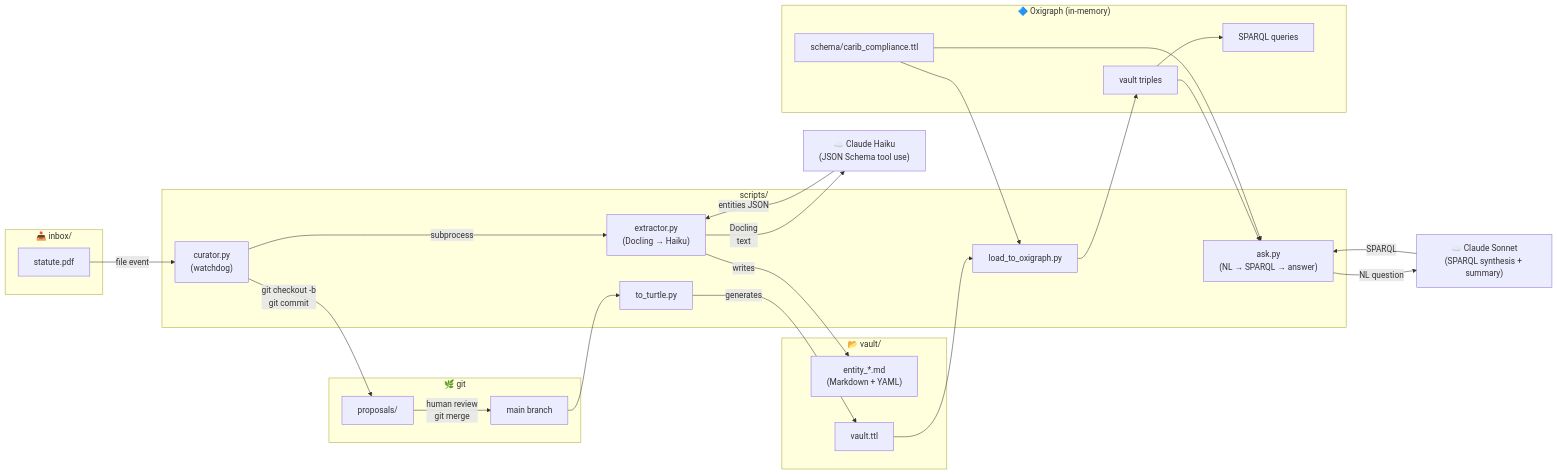
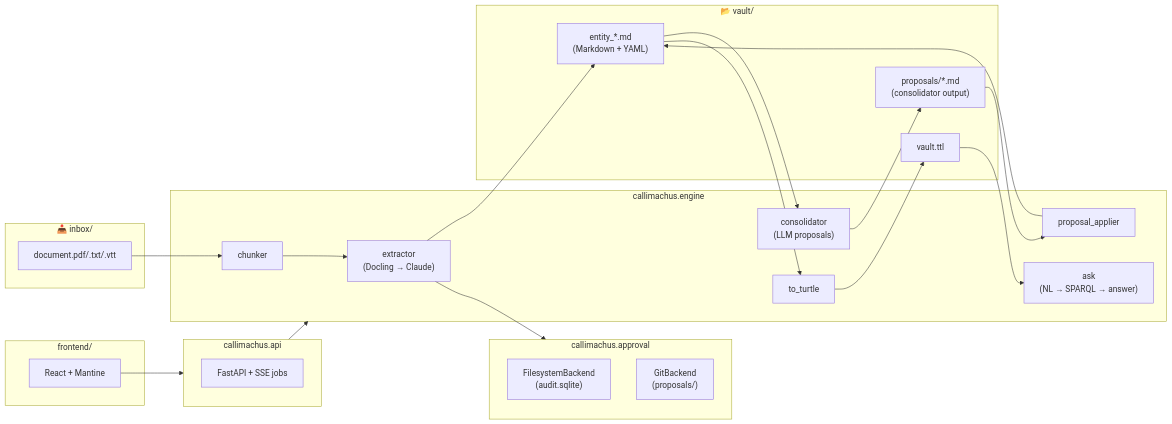
The diagram in README.md (elroy-galbraith/callimachus), drawn with Mermaid before and after one commit. The commit also changed other lines of this file and 146 other files, not shown here.

````diff
--- a/README.md
+++ b/README.md
@@ -99,48 +83,44 @@
 ```mermaid
 flowchart LR
     subgraph inbox["📥 inbox/"]
-        PDF[statute.pdf]
+        DOC[document.pdf/.txt/.vtt]
     end
 
-    subgraph scripts["scripts/"]
-        curator["curator.py\n(watchdog)"]
-        extractor["extractor.py\n(Docling → Haiku)"]
-        to_turtle["to_turtle.py"]
-        load["load_to_oxigraph.py"]
-        ask["ask.py\n(NL → SPARQL → answer)"]
+    subgraph engine["callimachus.engine"]
+        extractor["extractor\n(Docling → Claude)"]
+        chunker["chunker"]
+        consolidator["consolidator\n(LLM proposals)"]
+        applier["proposal_applier"]
+        to_turtle["to_turtle"]
+        ask["ask\n(NL → SPARQL → answer)"]
     end
 
     subgraph vault["📂 vault/"]
         MD["entity_*.md\n(Markdown + YAML)"]
+        PROP["proposals/*.md\n(consolidator output)"]
         TTL["vault.ttl"]
     end
 
-    subgraph git["🌿 git"]
-        main["main branch"]
-        proposals["proposals/<doc-id>"]
+    subgraph approval["callimachus.approval"]
+        FS["FilesystemBackend\n(audit.sqlite)"]
+        GIT["GitBackend\n(proposals/<doc>)"]
     end
 
-    subgraph store["🔷 Oxigraph (in-memory)"]
-        schema["schema/carib_compliance.ttl"]
-        triples["vault triples"]
-        sparql["SPARQL queries"]
+    subgraph api["callimachus.api"]
+        FastAPI["FastAPI + SSE jobs"]
     end
 
-    PDF -->|"file event"| curator
-    curator -->|"subprocess"| extractor
-    extractor -->|"Docling\ntext"| haiku["☁️ Claude Haiku\n(JSON Schema tool use)"]
-    haiku -->|"entities JSON"| extractor
-    extractor -->|"writes"| MD
-    curator -->|"git checkout -b\ngit commit"| proposals
-    proposals -->|"human review\ngit merge"| main
-    main --> to_turtle
-    to_turtle -->|"generates"| TTL
-    TTL --> load
-    schema --> load
-    load --> triples
-    triples --> sparql
-    triples --> ask
-    schema --> ask
-    ask -->|"NL question"| sonnet["☁️ Claude Sonnet\n(SPARQL synthesis + summary)"]
-    sonnet -->|"SPARQL"| ask
+    subgraph frontend["frontend/"]
+        React["React + Mantine"]
+    end
+
+    DOC --> chunker --> extractor
+    extractor --> MD
+    extractor --> approval
+    MD --> consolidator --> PROP
+    PROP --> applier --> MD
+    MD --> to_turtle --> TTL
+    TTL --> ask
+    api --> engine
+    React --> api
 ```
````
